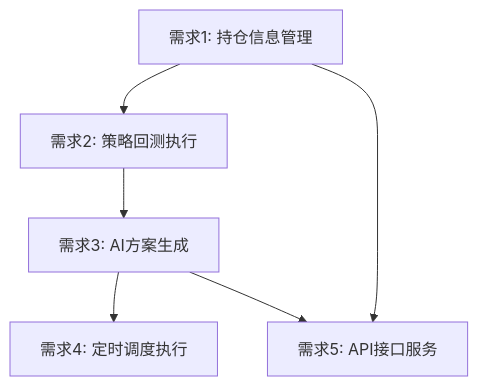
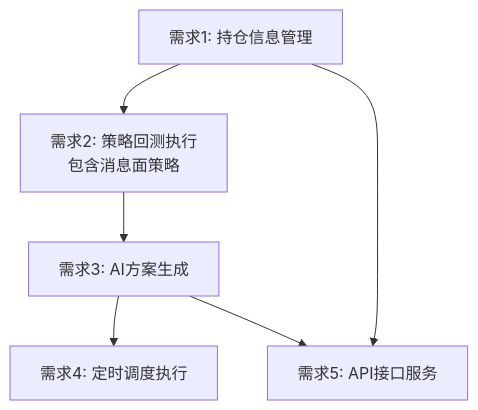
One commit to Casper-Mars/trading changed the diagram in .trae/documents/quantitative_system_requirements.md. Above: the diagram before and after it, drawn with Mermaid. The commit also changed other lines of this file and 2 other files, not shown here.

````diff
--- a/.trae/documents/quantitative_system_requirements.md
+++ b/.trae/documents/quantitative_system_requirements.md
@@ -126,8 +131,8 @@
 ```mermaid
 graph TD
-    A[需求1: 持仓信息管理] --> B[需求2: 策略回测执行]
+    A[需求1: 持仓信息管理] --> B[需求2: 策略回测执行<br/>包含消息面策略]
     B --> C[需求3: AI方案生成]
     C --> D[需求4: 定时调度执行]
     A --> E[需求5: API接口服务]
     C --> E
 ```
````
